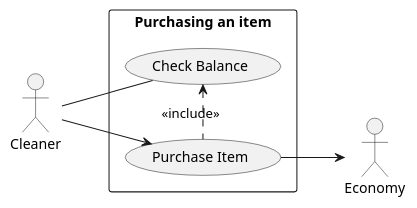
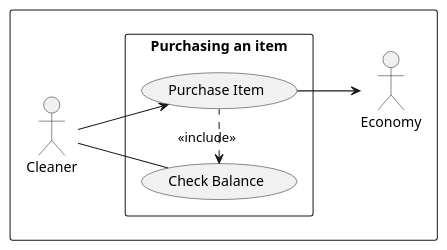
Before and after one commit to MiklosBacsi/Hokotro: the diagram in UML/5. beadandó/Use-case diagram/purchase_item.puml, drawn with PlantUML. The commit also changed 3 other files, not shown here.

```diff
--- a/UML/5. beadandó/Use-case diagram/purchase_item.puml
+++ b/UML/5. beadandó/Use-case diagram/purchase_item.puml
@@ -1,17 +1,18 @@
 @startuml
+rectangle {
 left to right direction
 
 actor Cleaner as C
 actor Economy as E
 
 rectangle "Purchasing an item" {
     (Purchase Item)   as pi
     (Check Balance)   as cb
 }
 
 C --> pi
 pi --> E
 pi .left.> cb : <<include>>
 C -- cb
-
+}
 @enduml
```
